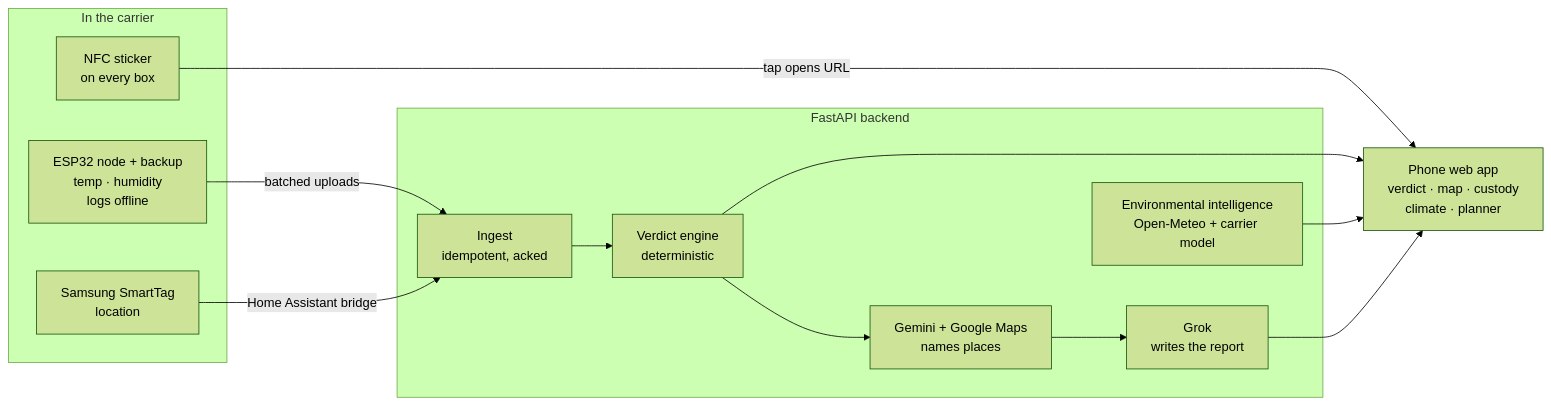
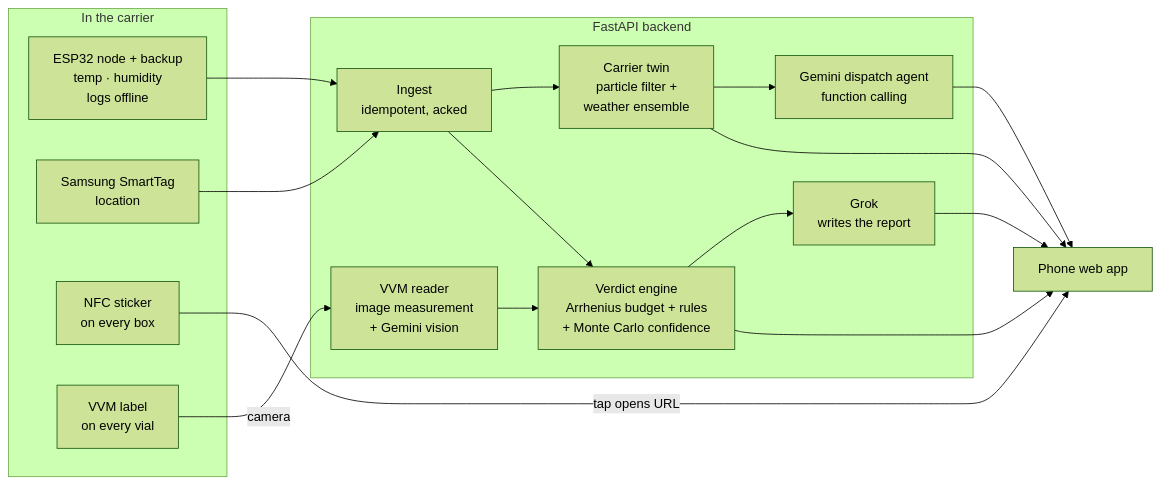
Before and after one commit to SoumilBhandari/SecuriVax: the diagram in README.md, drawn with Mermaid (forest theme). The commit also changed other lines of this file and 3 other files, not shown here.

First line of the commit message:
docs: cover the carrier twin, VVM witness, dispatch agent and impact backtest

````diff
--- a/README.md
+++ b/README.md
@@ -27,22 +40,24 @@
 ```mermaid
 flowchart LR
     subgraph field[In the carrier]
         N["ESP32 node + backup<br/>temp · humidity<br/>logs offline"]
         S["Samsung SmartTag<br/>location"]
         T["NFC sticker<br/>on every box"]
+        V["VVM label<br/>on every vial"]
     end
     subgraph api[FastAPI backend]
         I["Ingest<br/>idempotent, acked"]
-        E["Verdict engine<br/>deterministic"]
-        W["Environmental intelligence<br/>Open-Meteo + carrier model"]
-        G["Gemini + Google Maps<br/>names places"]
+        E["Verdict engine<br/>Arrhenius budget + rules<br/>+ Monte Carlo confidence"]
+        TW["Carrier twin<br/>particle filter +<br/>weather ensemble"]
+        CV["VVM reader<br/>image measurement<br/>+ Gemini vision"]
+        AG["Gemini dispatch agent<br/>function calling"]
         X["Grok<br/>writes the report"]
     end
-    P["Phone web app<br/>verdict · map · custody<br/>climate · planner"]
-    N -- batched uploads --> I
-    S -- Home Assistant bridge --> I
+    P["Phone web app"]
+    N --> I --> E --> P
+    S --> I --> TW --> P
+    V -- camera --> CV --> E
+    TW --> AG --> P
     T -- tap opens URL --> P
-    I --> E --> P
-    W --> P
-    E --> G --> X --> P
+    E --> X --> P
 ```
````
